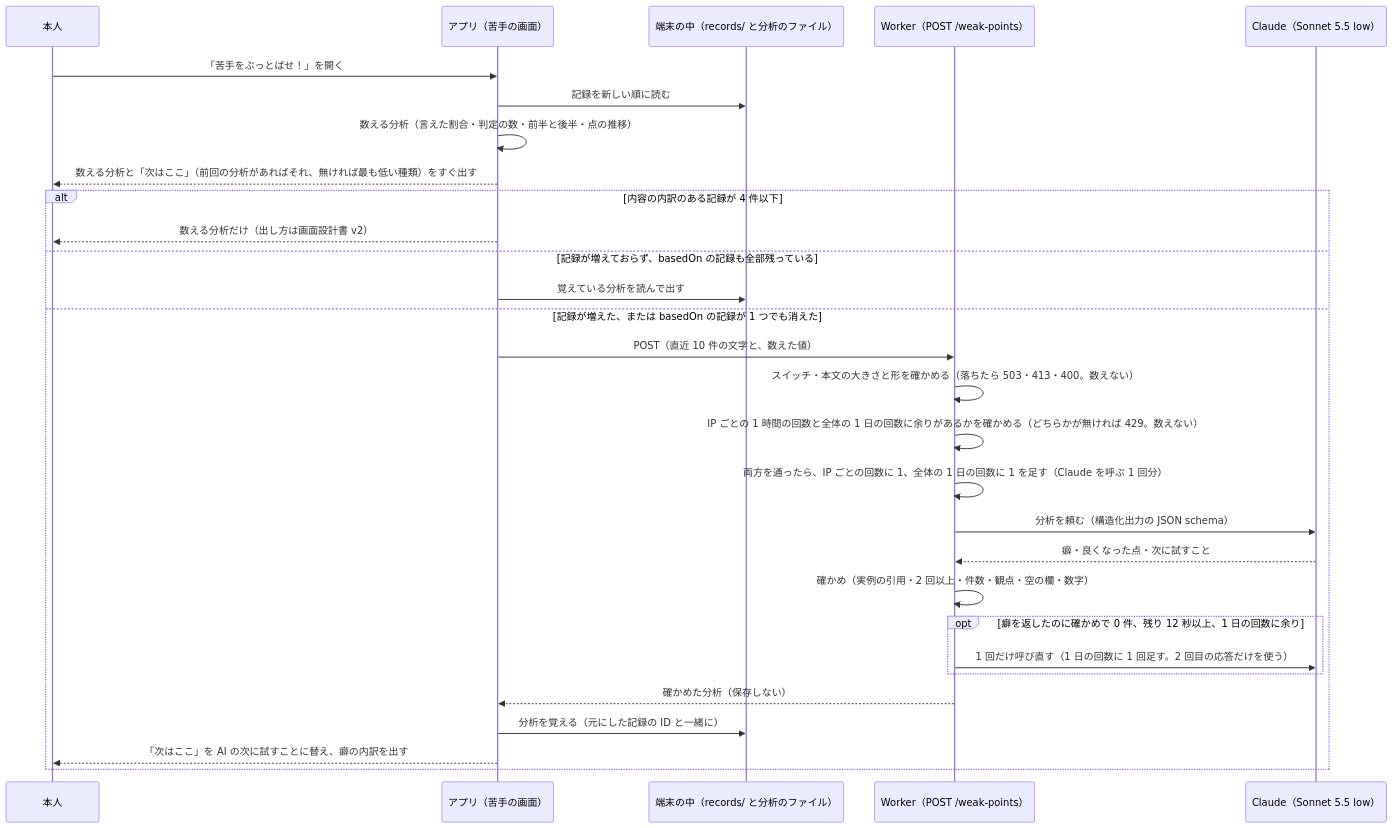
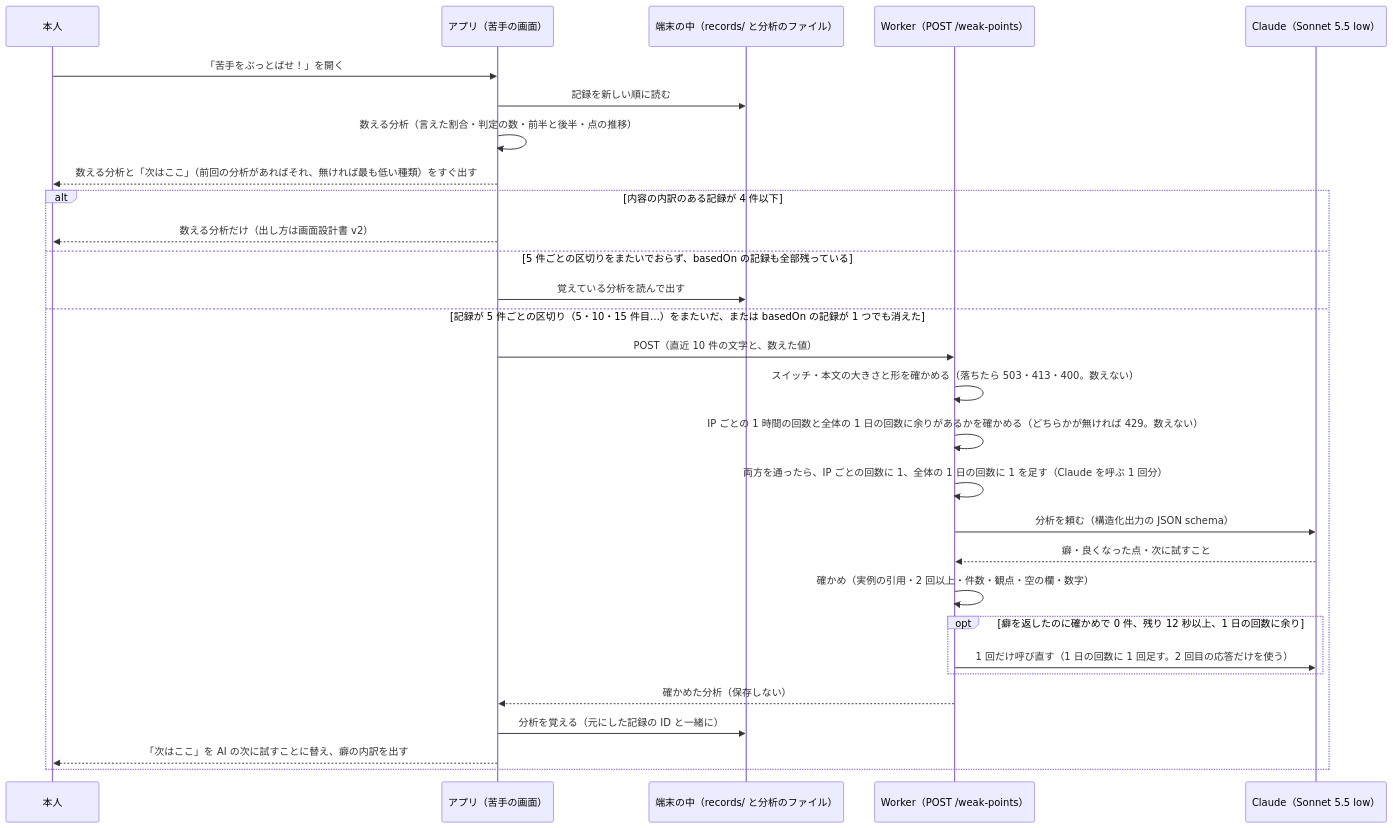
The diagram in docs/design/weak-point-analysis.md (jphacks/ng_2622), drawn with Mermaid before and after one commit. The commit also changed other lines of this file and 1 other file, not shown here.

````diff
--- a/docs/design/weak-point-analysis.md
+++ b/docs/design/weak-point-analysis.md
@@ -114,31 +114,31 @@
 ```mermaid
 sequenceDiagram
   participant U as 本人
   participant A as アプリ（苦手の画面）
   participant S as 端末の中（records/ と分析のファイル）
   participant W as Worker（POST /weak-points）
   participant C as Claude（Sonnet 5.5 low）
   U->>A: 「苦手をぶっとばせ！」を開く
   A->>S: 記録を新しい順に読む
   A->>A: 数える分析（言えた割合・判定の数・前半と後半・点の推移）
   A-->>U: 数える分析と「次はここ」（前回の分析があればそれ、無ければ最も低い種類）をすぐ出す
   alt 内容の内訳のある記録が 4 件以下
     A-->>U: 数える分析だけ（出し方は画面設計書 v2）
-  else 記録が増えておらず、basedOn の記録も全部残っている
+  else 5 件ごとの区切りをまたいでおらず、basedOn の記録も全部残っている
     A->>S: 覚えている分析を読んで出す
-  else 記録が増えた、または basedOn の記録が 1 つでも消えた
+  else 記録が 5 件ごとの区切り（5・10・15 件目…）をまたいだ、または basedOn の記録が 1 つでも消えた
     A->>W: POST（直近 10 件の文字と、数えた値）
     W->>W: スイッチ・本文の大きさと形を確かめる（落ちたら 503・413・400。数えない）
     W->>W: IP ごとの 1 時間の回数と全体の 1 日の回数に余りがあるかを確かめる（どちらかが無ければ 429。数えない）
     W->>W: 両方を通ったら、IP ごとの回数に 1、全体の 1 日の回数に 1 を足す（Claude を呼ぶ 1 回分）
     W->>C: 分析を頼む（構造化出力の JSON schema）
     C-->>W: 癖・良くなった点・次に試すこと
     W->>W: 確かめ（実例の引用・2 回以上・件数・観点・空の欄・数字）
     opt 癖を返したのに確かめで 0 件、残り 12 秒以上、1 日の回数に余り
       W->>C: 1 回だけ呼び直す（1 日の回数に 1 回足す。2 回目の応答だけを使う）
     end
     W-->>A: 確かめた分析（保存しない）
     A->>S: 分析を覚える（元にした記録の ID と一緒に）
     A-->>U: 「次はここ」を AI の次に試すことに替え、癖の内訳を出す
   end
 ```
````
